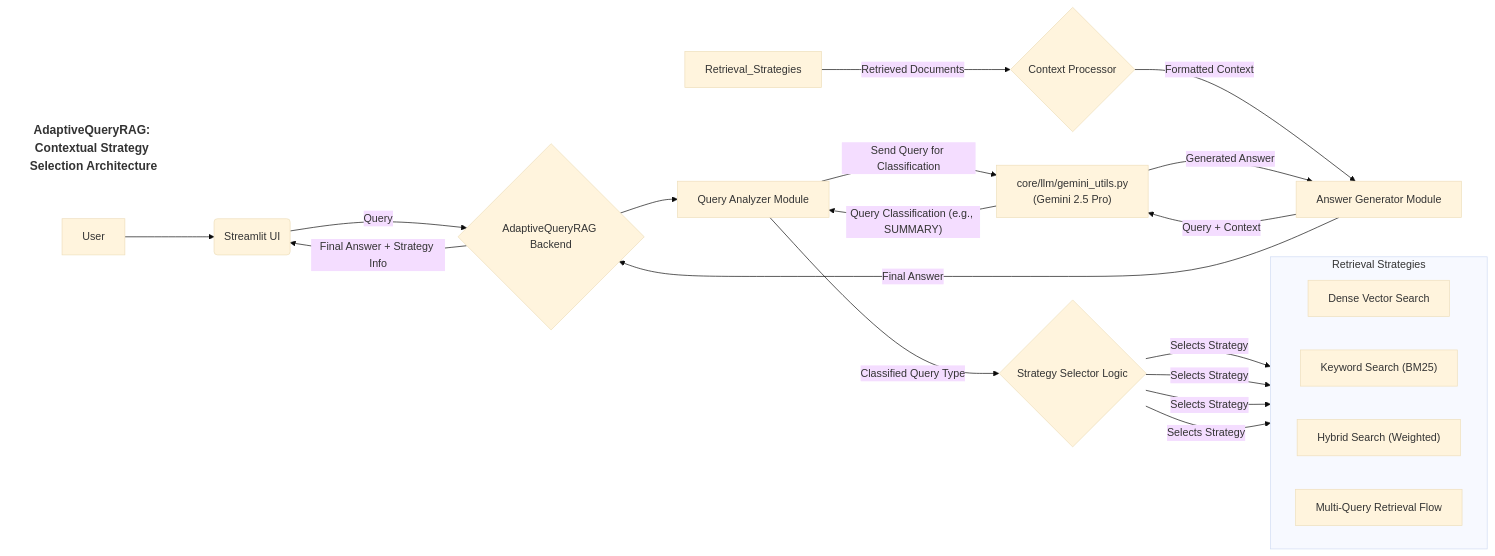
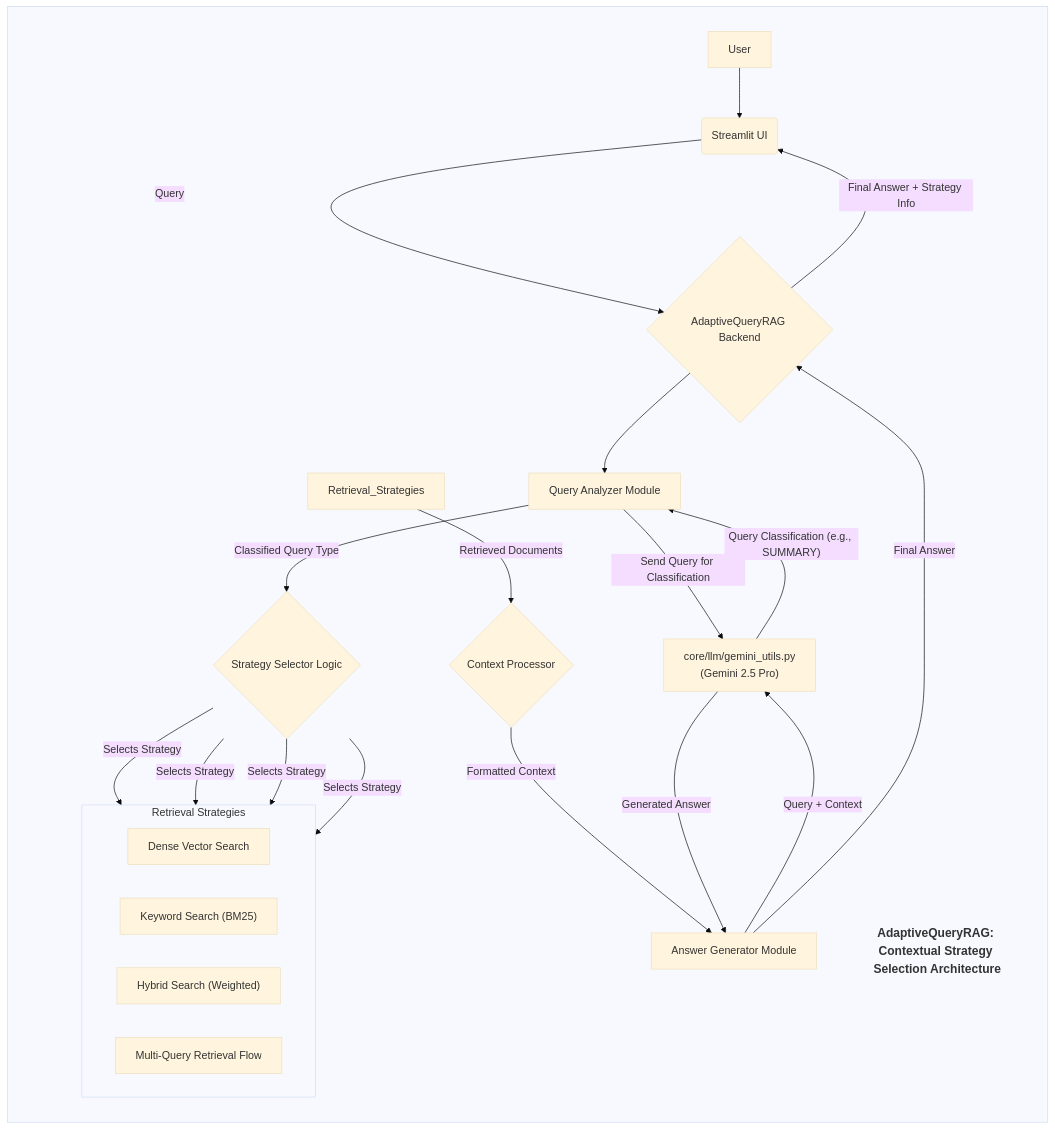
Before and after one commit to Mathews-Tom/IntelliForge-Applied-GenAI-Playbook: the diagram in docs/apps/adaptive_query_rag.md, drawn with Mermaid. The commit also changed other lines of this file and 8 other files, not shown here.

Commit message:
Major cosmetic updates especially for Mermaid Diagrams

````diff
--- a/docs/apps/adaptive_query_rag.md
+++ b/docs/apps/adaptive_query_rag.md
@@ -63,41 +63,44 @@
 ```mermaid
 %%{init: {'theme': 'base', 'themeVariables': { 'titleColor': '#333', 'titleFontSize': '20px'}}}%%
 graph LR
-    %% Title at the top
-    classDef titleClass fill:none,stroke:none,color:#333,font-size:18px,font-weight:bold;
-    title["AdaptiveQueryRAG: Contextual Strategy Selection Architecture"]:::titleClass;
+    subgraph " "
+            %% Title at the top
+            classDef titleClass fill:none,stroke:none,color:#333,font-size:18px,font-weight:bold;
+            title["AdaptiveQueryRAG: Contextual Strategy Selection Architecture"]:::titleClass;
 
-    A[User] --> B(Streamlit UI);
-    B -- Query --> C{AdaptiveQueryRAG Backend};
+            A[User] --> B(Streamlit UI);
+            B -- Query --> C{AdaptiveQueryRAG Backend};
 
-    %% Query Analysis
-    C --> D[Query Analyzer Module];
-    D -- Send Query for Classification --> E["core/llm/gemini_utils.py <br> (Gemini 2.5 Pro)"];
-    E -- Query Classification (e.g., SUMMARY) --> D;
+            %% Query Analysis
+            C --> D[Query Analyzer Module];
+            D -- Send Query for Classification --> E["core/llm/gemini_utils.py <br> (Gemini 2.5 Pro)"];
+            E -- Query Classification (e.g., SUMMARY) --> D;
 
-    %% Strategy Selection
-    D -- Classified Query Type --> F{Strategy Selector Logic};
-    subgraph Retrieval Strategies
-        direction LR
-        G["Dense Vector Search"]
-        H["Keyword Search (BM25)"]
-        I["Hybrid Search (Weighted)"]
-        J["Multi-Query Retrieval Flow"]
+            %% Strategy Selection
+            D -- Classified Query Type --> F{Strategy Selector Logic};
+            subgraph Retrieval Strategies
+                direction LR
+                G["Dense Vector Search"]
+                H["Keyword Search (BM25)"]
+                I["Hybrid Search (Weighted)"]
+                J["Multi-Query Retrieval Flow"]
+            end
+            F -- Selects Strategy --> G;
+            F -- Selects Strategy --> H;
+            F -- Selects Strategy --> I;
+            F -- Selects Strategy --> J;
+
+            %% Results Combination/Processing
+            Retrieval_Strategies -- Retrieved Documents --> K{Context Processor};
+
+            %% Answer Generation
+            K -- Formatted Context --> L[Answer Generator Module];
+            L -- Query + Context --> E;
+            E -- Generated Answer --> L;
+            L -- Final Answer --> C;
+            C -- Final Answer + Strategy Info --> B;
+
+            %% Position title implicitly
+
     end
-    F -- Selects Strategy --> G;
-    F -- Selects Strategy --> H;
-    F -- Selects Strategy --> I;
-    F -- Selects Strategy --> J;
-
-    %% Results Combination/Processing
-    Retrieval_Strategies -- Retrieved Documents --> K{Context Processor};
-
-    %% Answer Generation
-    K -- Formatted Context --> L[Answer Generator Module];
-    L -- Query + Context --> E;
-    E -- Generated Answer --> L;
-    L -- Final Answer --> C;
-    C -- Final Answer + Strategy Info --> B;
-
-    %% Position title implicitly
 ```
````
